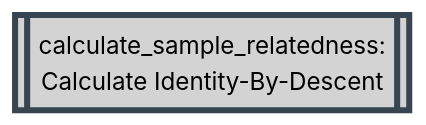
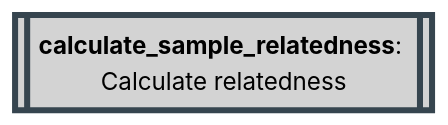
Diagram 12 of 30 in docs/02-workflow/02-methodology.md (Tuks-ICMM/Pharmacogenetic-Analysis-Pipeline), drawn with Mermaid before and after one commit. The commit also changed other lines of this file, not shown here.

````diff
--- a/docs/02-workflow/02-methodology.md
+++ b/docs/02-workflow/02-methodology.md
@@ -822,8 +571,7 @@
   ```mermaid
   flowchart TD
+    calculate_sample_relatedness[[<b>calculate_sample_relatedness</b>: <br>Calculate relatedness]]
+
     classDef plink stroke:#36454F,fill:#D3D3D3,stroke-width:4px,color:black;
-
-    calculate_sample_relatedness[[calculate_sample_relatedness:
-Calculate Identity-By-Descent]]
     class calculate_sample_relatedness plink;
   ```
````
